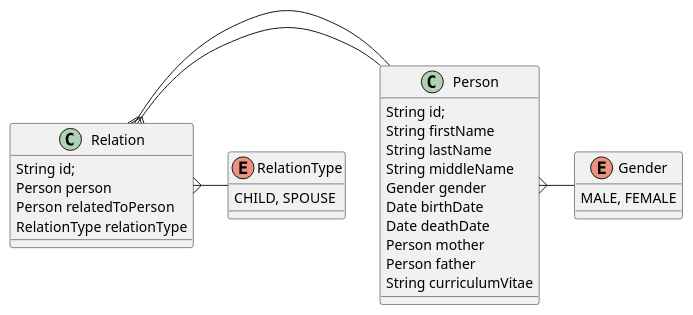
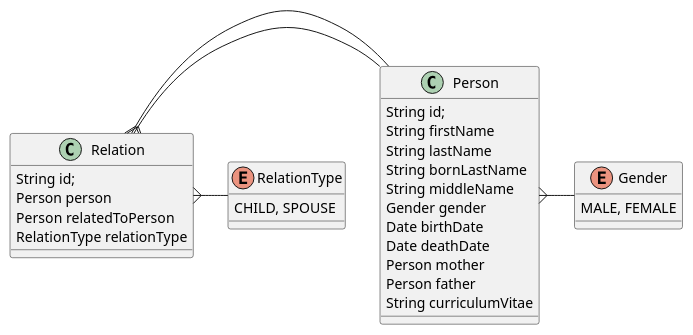
Before and after one commit to ViktorVx/family-tree-data-schema: the diagram in family-tree-data-schema.puml, drawn with PlantUML.

Commit message:
Add bornLastName

```diff
--- a/family-tree-data-schema.puml
+++ b/family-tree-data-schema.puml
@@ -1,35 +1,36 @@
 @startuml
 class Person {
     String id;
     String firstName
     String lastName
+    String bornLastName
     String middleName
     Gender gender
     Date birthDate
     Date deathDate
     Person mother
     Person father
     String curriculumVitae
 }
 
 class Relation {
     String id;
     Person person
     Person relatedToPerson
     RelationType relationType
 }
 
 enum Gender {
     MALE, FEMALE
 }
 
 enum RelationType {
     CHILD, SPOUSE
 }
 
 Person   }- Gender
 Relation }- Person
 Relation }- Person
 Relation }- RelationType
 
 @enduml
```
